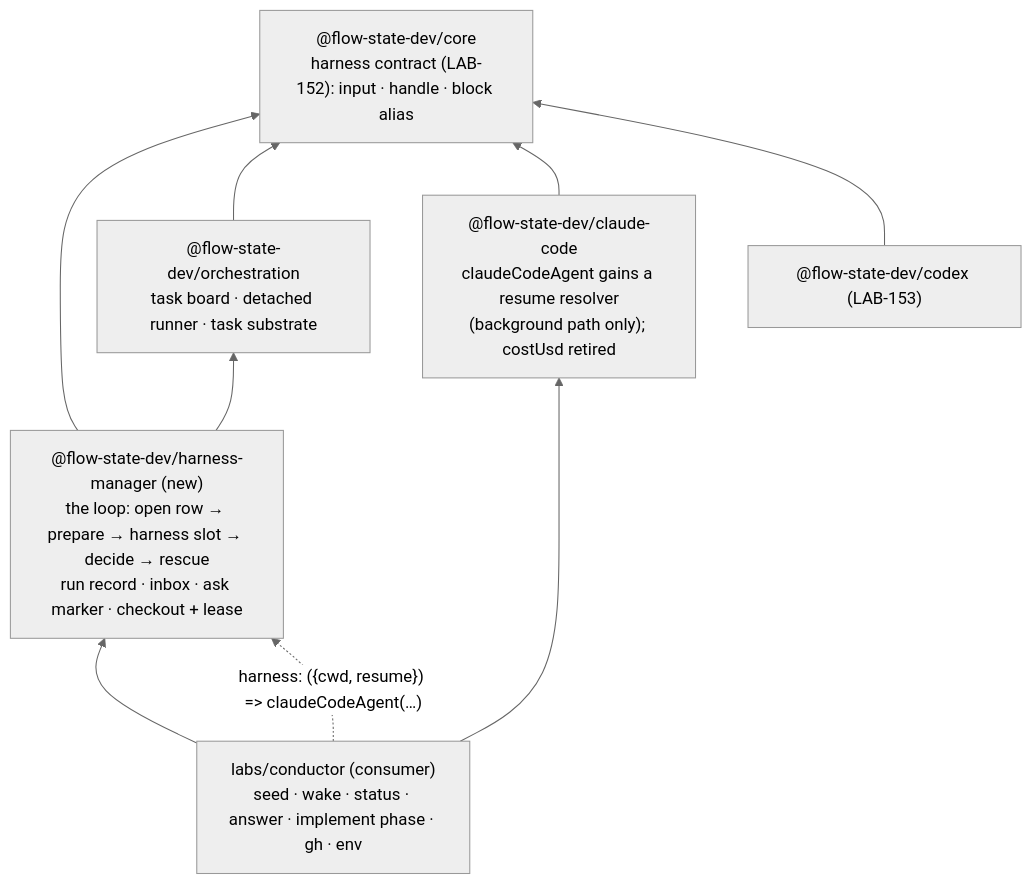
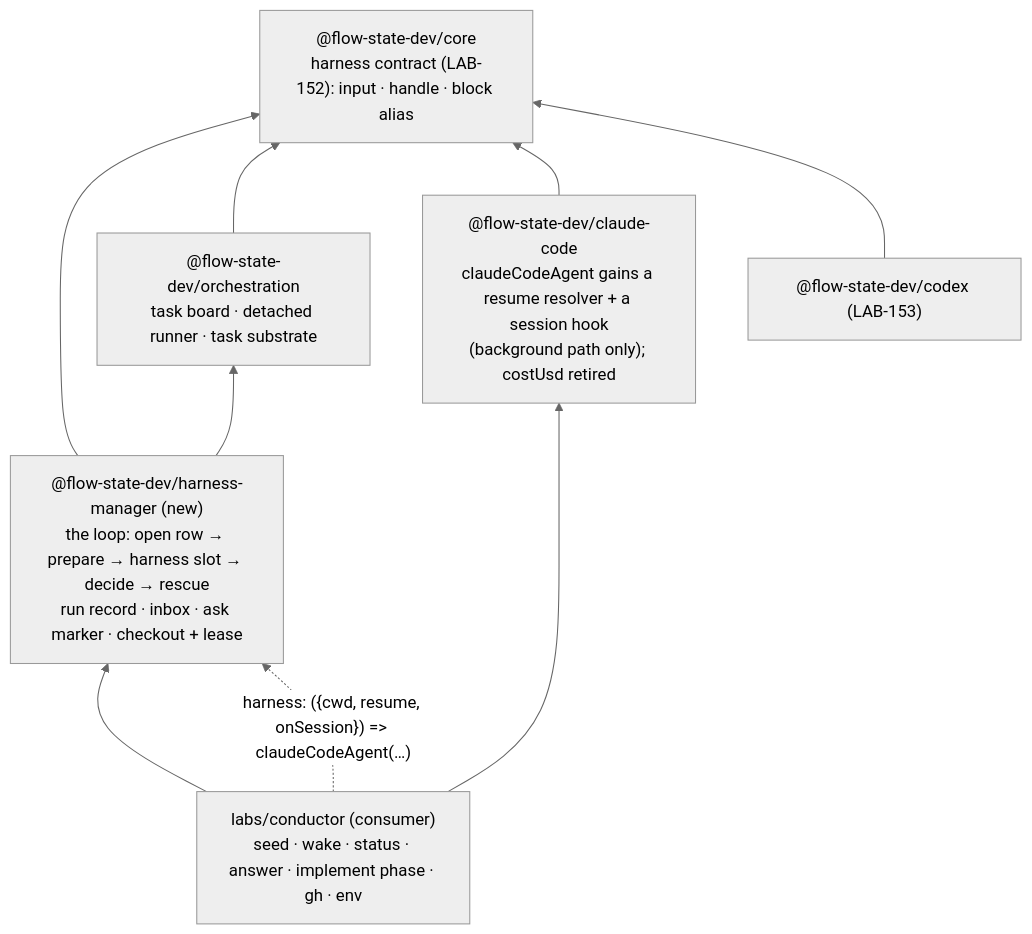
Before and after one commit to fixpoint-labs/flow-state-dev: the diagram in spec/LAB-154.md, drawn with Mermaid (neutral theme). The commit also changed other lines of this file, not shown here.

First line of the commit message:
spec(LAB-154): the slot feeds three — a session hook beside cwd and resume; the id rule stated over state

````diff
--- a/spec/LAB-154.md
+++ b/spec/LAB-154.md
@@ -213,17 +240,17 @@
 ```mermaid
 flowchart BT
   CORE["@flow-state-dev/core<br/>harness contract (LAB-152): input · handle · block alias"]
   ORCH["@flow-state-dev/orchestration<br/>task board · detached runner · task substrate"]
   HM["@flow-state-dev/harness-manager (new)<br/>the loop: open row → prepare → harness slot → decide → rescue<br/>run record · inbox · ask marker · checkout + lease"]
-  CC["@flow-state-dev/claude-code<br/>claudeCodeAgent gains a resume resolver<br/>(background path only); costUsd retired"]
+  CC["@flow-state-dev/claude-code<br/>claudeCodeAgent gains a resume resolver + a session hook<br/>(background path only); costUsd retired"]
   CX["@flow-state-dev/codex (LAB-153)"]
   LAB["labs/conductor (consumer)<br/>seed · wake · status · answer · implement phase · gh · env"]
   HM --> CORE
   HM --> ORCH
   ORCH --> CORE
   CC --> CORE
   CX --> CORE
   LAB --> HM
   LAB --> CC
-  LAB -. "harness: ({cwd, resume}) => claudeCodeAgent(…)" .-> HM
+  LAB -. "harness: ({cwd, resume, onSession}) => claudeCodeAgent(…)" .-> HM
 ```
````
